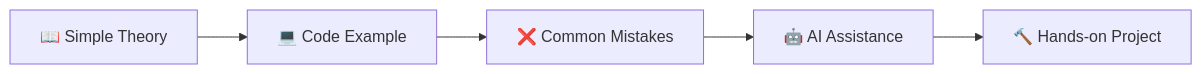
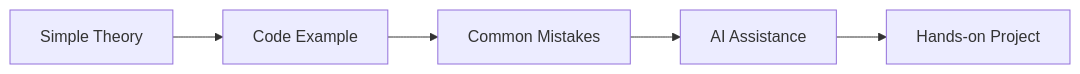
One commit to Ukt01/ai-software-engineer-roadmap changed the second of 4 diagrams in ROADMAP.md. Above: the diagram before and after it, drawn with Mermaid. The commit also changed other lines of this file, not shown here.

Commit message:
style: remove all emojis and icons from ROADMAP.md per repository rule set

````diff
--- a/ROADMAP.md
+++ b/ROADMAP.md
@@ -199,7 +199,7 @@
 ```mermaid
 flowchart LR
-    A[📖 Simple Theory] --> B[💻 Code Example]
-    B --> C[❌ Common Mistakes]
-    C --> D[🤖 AI Assistance]
-    D --> E[🔨 Hands-on Project]
+    A[Simple Theory] --> B[Code Example]
+    B --> C[Common Mistakes]
+    C --> D[AI Assistance]
+    D --> E[Hands-on Project]
 ```
````
